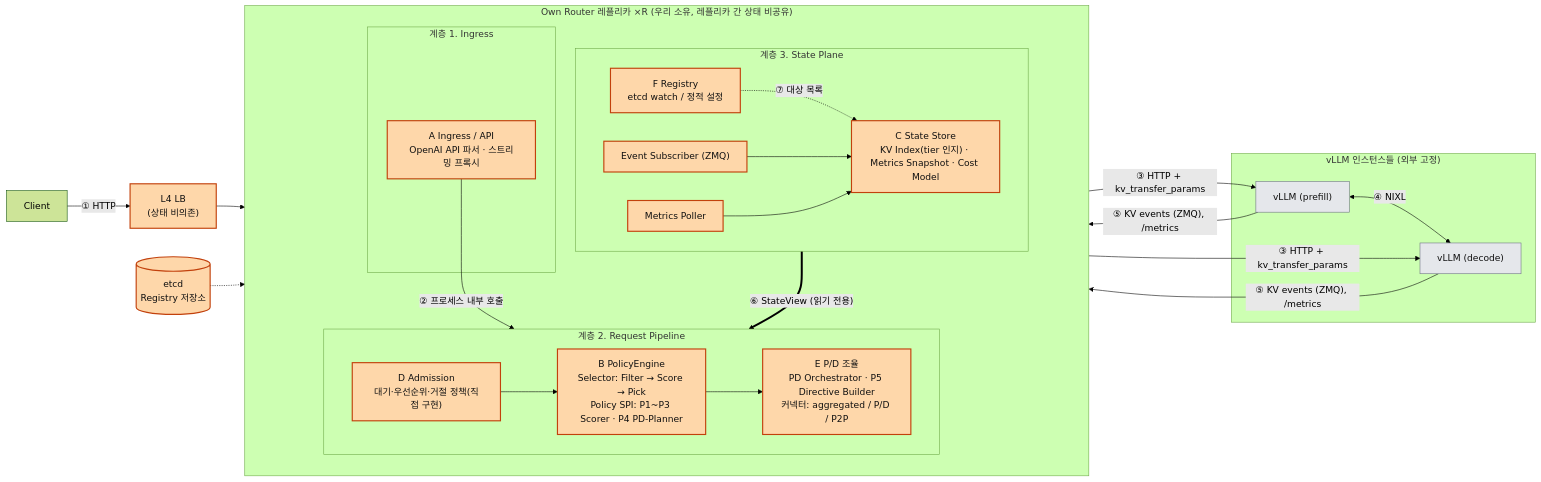
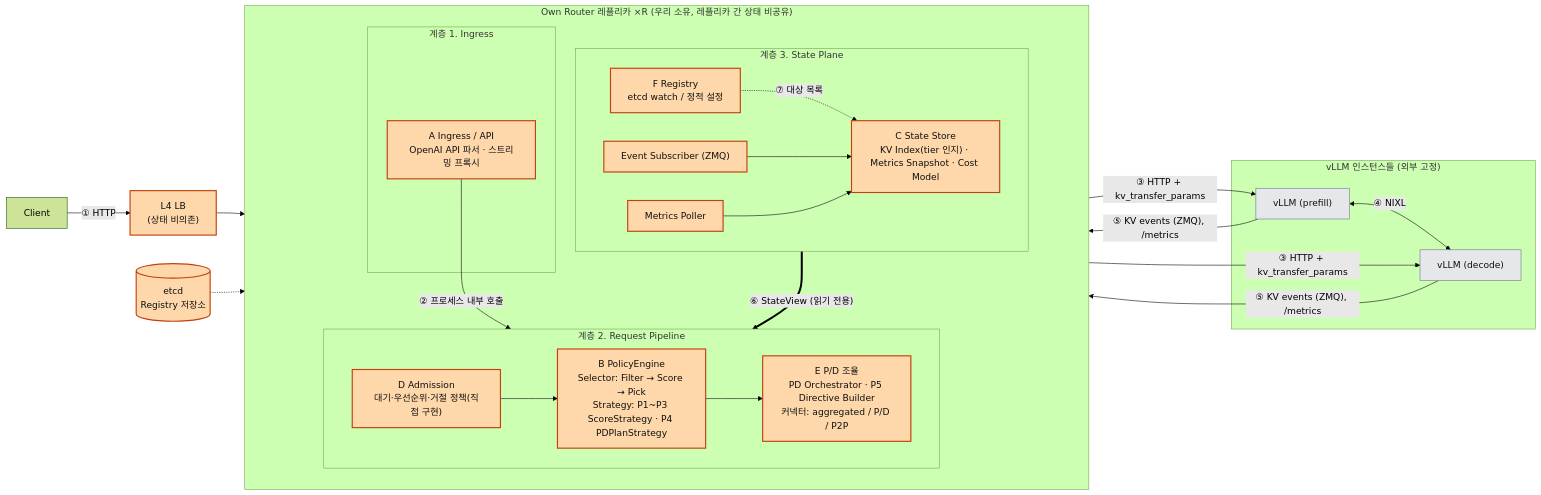
The fourth of 5 diagrams in doc-mk/DP0/dp0-request-orchestration-framework.md (mkim0628/vllm), drawn with Mermaid (forest theme) before and after one commit. The commit also changed other lines of this file and 2 other files, not shown here.

First line of the commit message:
DP0: apply design patterns (Chain, Strategy, Decorator, Observer, Adapter) to candidate 2 and add pros/cons to the structure slide

````diff
--- a/doc-mk/DP0/dp0-request-orchestration-framework.md
+++ b/doc-mk/DP0/dp0-request-orchestration-framework.md
@@ -438,54 +438,54 @@
 ```mermaid
 flowchart LR
     CL["Client"]
     LB["L4 LB<br/>(상태 비의존)"]
     ETCD[("etcd<br/>Registry 저장소")]
 
     subgraph RT["Own Router 레플리카 ×R  (우리 소유, 레플리카 간 상태 비공유)"]
         direction TB
 
         subgraph ING["계층 1. Ingress"]
             A3["A Ingress / API<br/>OpenAI API 파서 · 스트리밍 프록시"]
         end
 
         subgraph PIPE["계층 2. Request Pipeline"]
             direction LR
             D3["D Admission<br/>대기·우선순위·거절 정책(직접 구현)"]
-            B3["B PolicyEngine<br/>Selector: Filter → Score → Pick<br/>Policy SPI: P1~P3 Scorer · P4 PD-Planner"]
+            B3["B PolicyEngine<br/>Selector: Filter → Score → Pick<br/>Strategy: P1~P3 ScoreStrategy · P4 PDPlanStrategy"]
             E3["E P/D 조율<br/>PD Orchestrator · P5 Directive Builder<br/>커넥터: aggregated / P/D / P2P"]
             D3 --> B3 --> E3
         end
 
         subgraph STP["계층 3. State Plane"]
             direction LR
             F3["F Registry<br/>etcd watch / 정적 설정"]
             C3["C State Store<br/>KV Index(tier 인지) · Metrics Snapshot · Cost Model"]
             SUB["Event Subscriber (ZMQ)"]
             POL["Metrics Poller"]
             F3 -.->|"⑦ 대상 목록"| C3
             SUB --> C3
             POL --> C3
         end
 
         A3 -->|"② 프로세스 내부 호출"| D3
         C3 ==>|"⑥ StateView (읽기 전용)"| B3
     end
 
     subgraph INST["vLLM 인스턴스들 (외부 고정)"]
         VP2["vLLM (prefill)"]
         VD2["vLLM (decode)"]
     end
 
     CL -->|"① HTTP"| LB --> A3
     ETCD -.-> F3
     E3 -->|"③ HTTP + kv_transfer_params"| VP2
     E3 -->|"③ HTTP + kv_transfer_params"| VD2
     VP2 <-->|"④ NIXL"| VD2
     VP2 -->|"⑤ KV events (ZMQ), /metrics"| SUB
     VD2 -->|"⑤ KV events (ZMQ), /metrics"| POL
 
     classDef own fill:#fed7aa,stroke:#c2410c,stroke-width:2px,color:#111;
     classDef fixed fill:#e5e7eb,stroke:#6b7280,color:#111;
     class A3,D3,B3,E3,C3,F3,SUB,POL,LB,ETCD own;
     class VP2,VD2 fixed;
 ```
````
